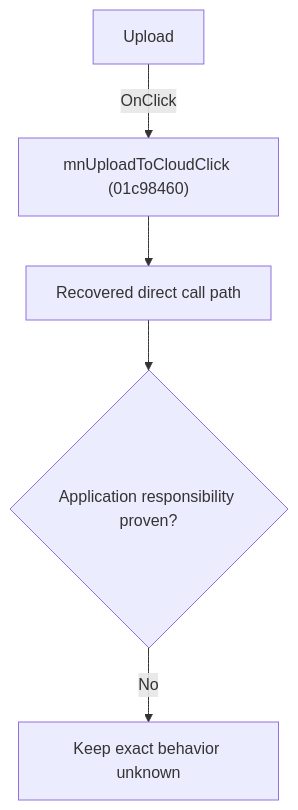
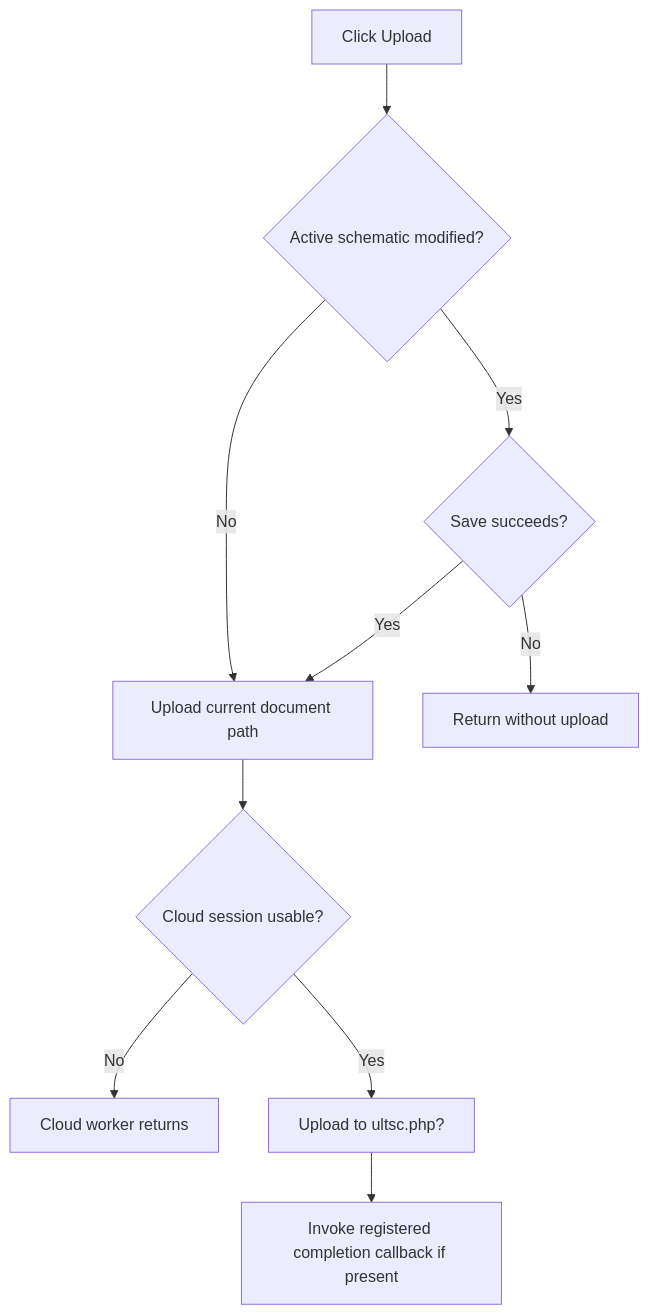
The diagram in docs/ui-controls/schematiceditor/mnuploadtocloud-060ebea113.md (MovGP0/TIARA), drawn with Mermaid before and after one commit. The commit also changed other lines of this file and 241 other files, not shown here.

````diff
--- a/docs/ui-controls/schematiceditor/mnuploadtocloud-060ebea113.md
+++ b/docs/ui-controls/schematiceditor/mnuploadtocloud-060ebea113.md
@@ -27,7 +29,12 @@
 ```mermaid
 flowchart TD
-    control["Upload"] -->|"OnClick"| handler["mnUploadToCloudClick (01c98460)"]
-    handler --> recovered["Recovered direct call path"]
-    recovered --> gap{"Application responsibility proven?"}
-    gap -->|"No"| blocked["Keep exact behavior unknown"]
+    control["Click Upload"] --> dirty{"Active schematic modified?"}
+    dirty -->|"No"| upload["Upload current document path"]
+    dirty -->|"Yes"| save{"Save succeeds?"}
+    save -->|"No"| stop["Return without upload"]
+    save -->|"Yes"| upload
+    upload --> session{"Cloud session usable?"}
+    session -->|"No"| finish["Cloud worker returns"]
+    session -->|"Yes"| post["Upload to ultsc.php?"]
+    post --> callback["Invoke registered completion callback if present"]
 ```
````
